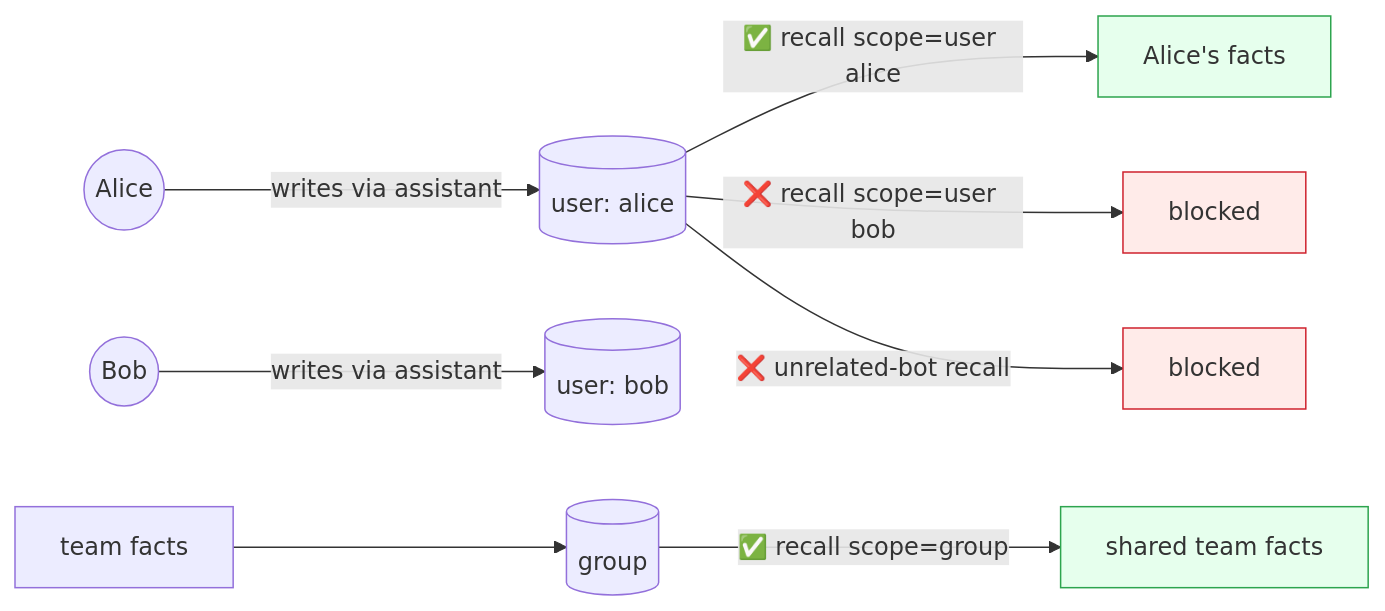
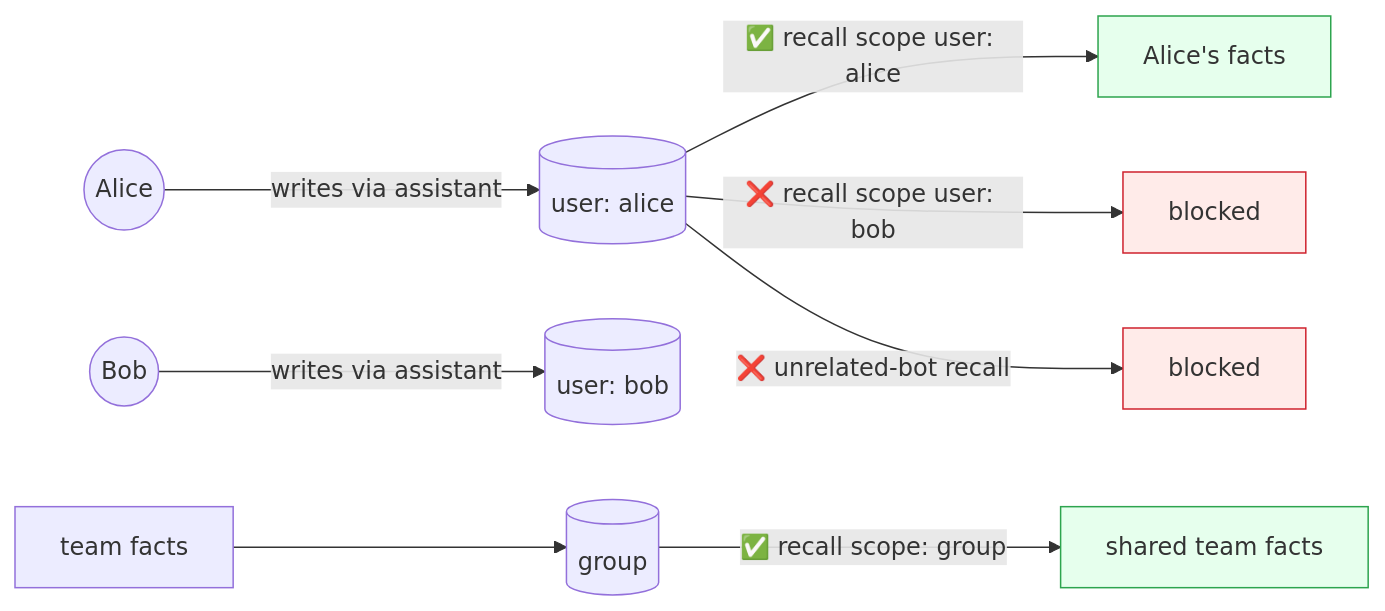
The fifth of 5 diagrams in memory/blog/BLOGPOST_DRAFT_4.md (axsaucedo/kaos-adrs), drawn with Mermaid before and after one commit. The commit also changed other lines of this file, not shown here.

First line of the commit message:
docs(memory-blog): quote mermaid edge labels for parser compatibility

````diff
--- a/memory/blog/BLOGPOST_DRAFT_4.md
+++ b/memory/blog/BLOGPOST_DRAFT_4.md
@@ -411,16 +419,16 @@
 ```mermaid
 graph LR
-  alice(("Alice")) -->|writes via assistant| UA[("user: alice")]
-  bob(("Bob")) -->|writes via assistant| UB[("user: bob")]
+  alice(("Alice")) -->|"writes via assistant"| UA[("user: alice")]
+  bob(("Bob")) -->|"writes via assistant"| UB[("user: bob")]
   team["team facts"] --> G[("group")]
 
-  UA -->|✅ recall scope=user alice| ok1["Alice's facts"]
-  UA -->|❌ recall scope=user bob| deny1["blocked"]
-  G  -->|✅ recall scope=group| ok2["shared team facts"]
-  UA -->|❌ unrelated-bot recall| deny2["blocked"]
+  UA -->|"✅ recall scope user: alice"| ok1["Alice's facts"]
+  UA -->|"❌ recall scope user: bob"| deny1["blocked"]
+  G  -->|"✅ recall scope: group"| ok2["shared team facts"]
+  UA -->|"❌ unrelated-bot recall"| deny2["blocked"]
 
   classDef allow fill:#e6ffed,stroke:#2da44e;
   classDef deny fill:#ffebe9,stroke:#cf222e;
   class ok1,ok2 allow;
   class deny1,deny2 deny;
 ```
````
